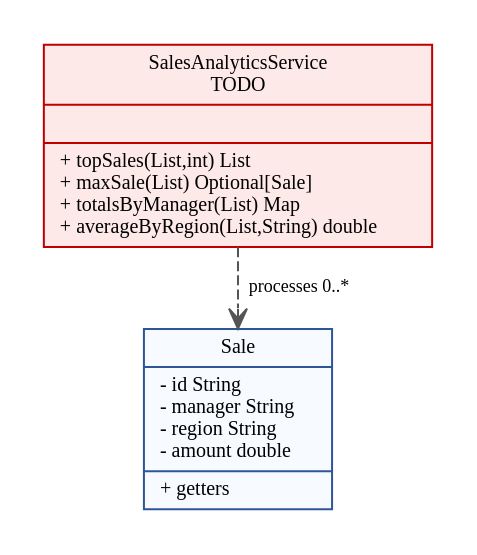
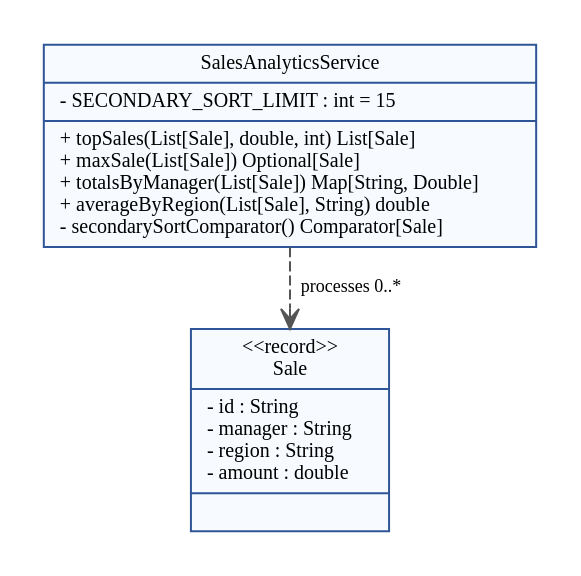
The diagram in PR12/class_partial.dot (d1nexer/JavaLearning), drawn with Graphviz before and after one commit. The commit also changed 12 other files, not shown here.

```diff
--- a/PR12/class_partial.dot
+++ b/PR12/class_partial.dot
@@ -1,8 +1,8 @@
 digraph C {
-graph [rankdir=TB, bgcolor="white", pad=0.2, nodesep=0.35, ranksep=0.4];
-node [shape=record, style="filled", fontname="Times New Roman", fontsize=10, color="#2F5597", fillcolor="#F7FBFF"];
-edge [fontname="Times New Roman", fontsize=9, color="#555555"];
-a [label="{SalesAnalyticsService\nTODO||+ topSales(List,int) List\l+ maxSale(List) Optional[Sale]\l+ totalsByManager(List) Map\l+ averageByRegion(List,String) double\l}", fillcolor="#FDE9E7", color="#C00000"];
-s [label="{Sale|- id String\l- manager String\l- region String\l- amount double\l|+ getters\l}", fillcolor="#F7FBFF", color="#2F5597"];
-a -> s [label="processes 0..*",style=dashed,arrowhead=open];
+  graph [rankdir=TB, bgcolor="white", pad=0.2, nodesep=0.35, ranksep=0.4];
+  node [shape=record, style="filled", fontname="Times New Roman", fontsize=10, color="#2F5597", fillcolor="#F7FBFF"];
+  edge [fontname="Times New Roman", fontsize=9, color="#555555"];
+  a [label="{SalesAnalyticsService|- SECONDARY_SORT_LIMIT : int = 15\l|+ topSales(List[Sale], double, int) List[Sale]\l+ maxSale(List[Sale]) Optional[Sale]\l+ totalsByManager(List[Sale]) Map[String, Double]\l+ averageByRegion(List[Sale], String) double\l- secondarySortComparator() Comparator[Sale]\l}", fillcolor="#F7FBFF", color="#2F5597"];
+  s [label="{\<\<record\>\>\nSale|- id : String\l- manager : String\l- region : String\l- amount : double\l|}", fillcolor="#F7FBFF", color="#2F5597"];
+  a -> s [label="processes 0..*", style=dashed, arrowhead=open];
 }
```
